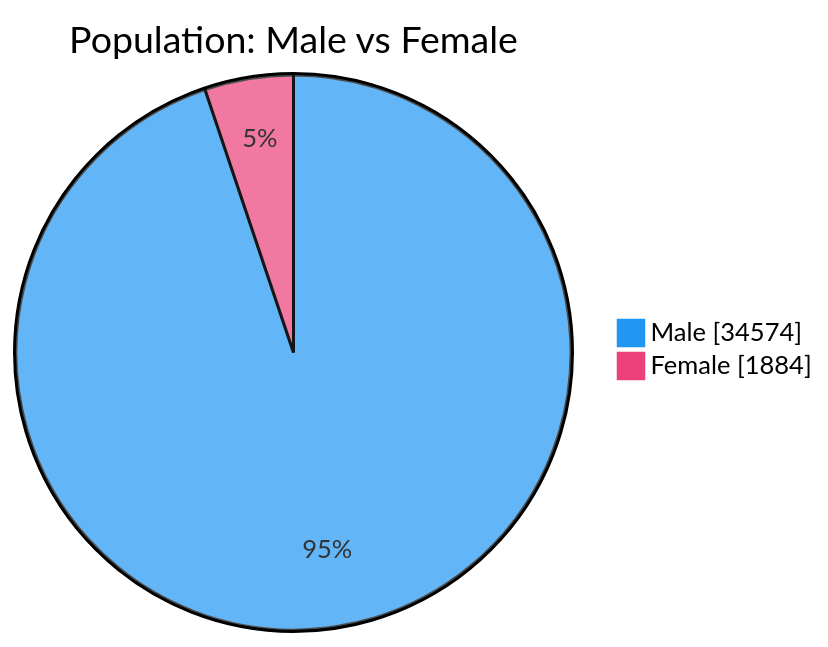
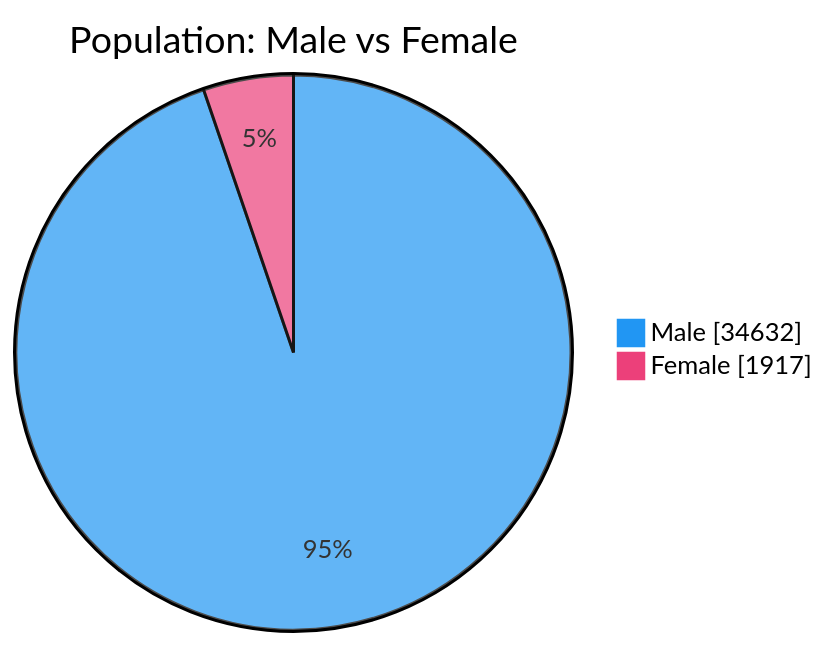
One commit to nuuuwan/lk_prisons changed the second of 7 diagrams in README.md. Above: the diagram before and after it, drawn with Mermaid. The commit also changed other lines of this file and 1 other file, not shown here.

````diff
--- a/README.md
+++ b/README.md
@@ -54,6 +54,6 @@
 ```mermaid
 %%{init: {'themeVariables': {'pie1': '#2196F3', 'pie2': '#EC407A'}}}%%
 pie showData title Population: Male vs Female
-    "Male" : 34574
-    "Female" : 1884
+    "Male" : 34632
+    "Female" : 1917
 ```
````
